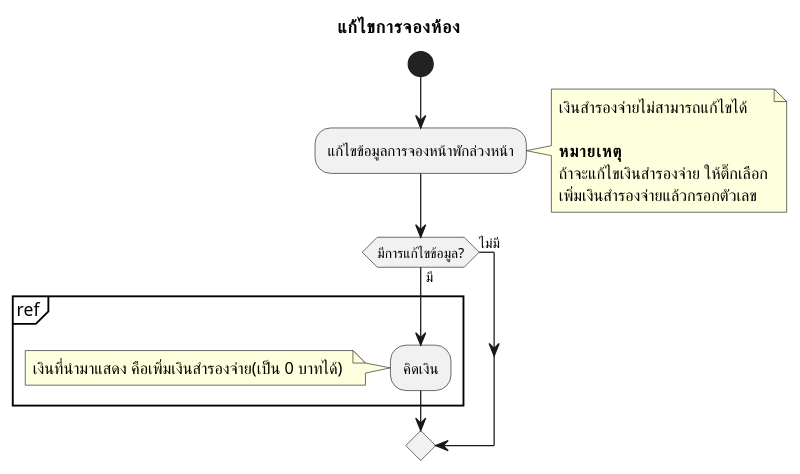
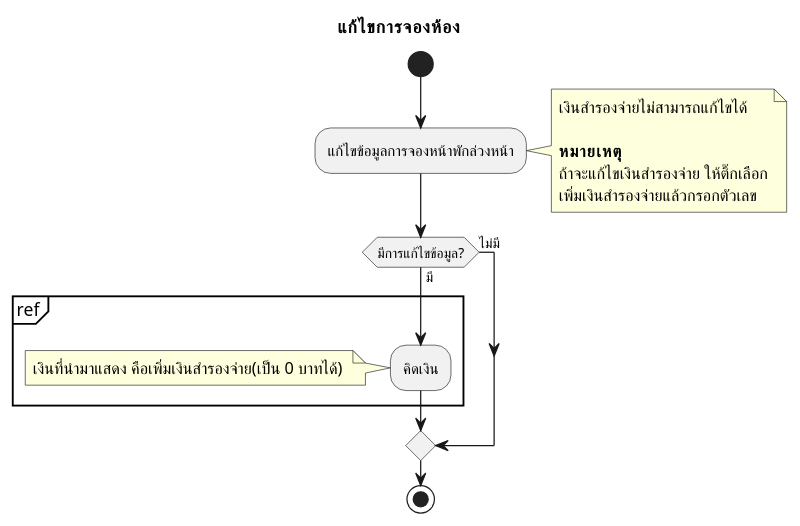
Before and after one commit to cheat13/Prompiman_Diagram: the diagram in activity-diagram/reservation/editreservation.md, drawn with PlantUML. The commit also changed 5 other files, not shown here.

```diff
--- a/activity-diagram/reservation/editreservation.md
+++ b/activity-diagram/reservation/editreservation.md
@@ -1,21 +1,24 @@
 @startuml
 title แก้ไขการจองห้อง
 start
 :แก้ไขข้อมูลการจองหน้าพักล่วงหน้า;
 note right
 เงินสำรองจ่ายไม่สามารถแก้ไขได้
 
 **หมายเหตุ**
 ถ้าจะแก้ไขเงินสำรองจ่าย ให้ติ๊กเลือก
 เพิ่มเงินสำรองจ่ายแล้วกรอกตัวเลข
 end note
+
 if(มีการแก้ไขข้อมูล?) then (มี);
 partition ref {
 	:คิดเงิน;
 }
 note left
 เงินที่นำมาแสดง คือเพิ่มเงินสำรองจ่าย(เป็น 0 บาทได้) 
 end note
 else(ไม่มี)
+endif
+stop
 
 @enduml
```
